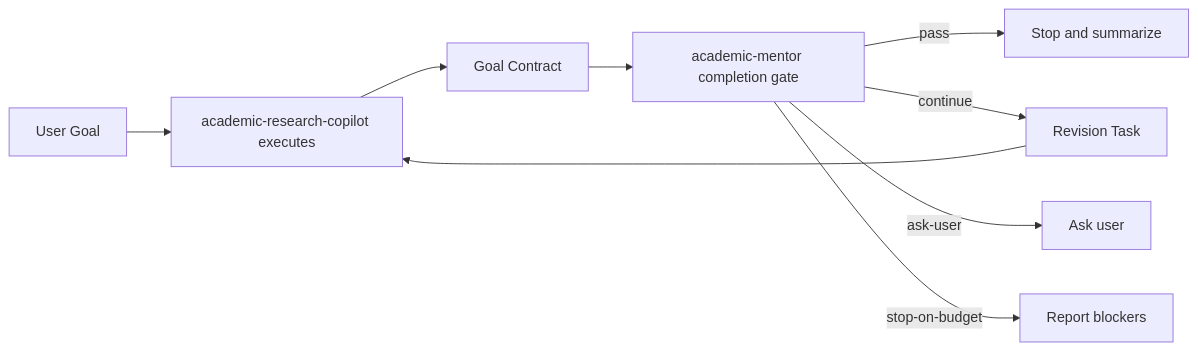
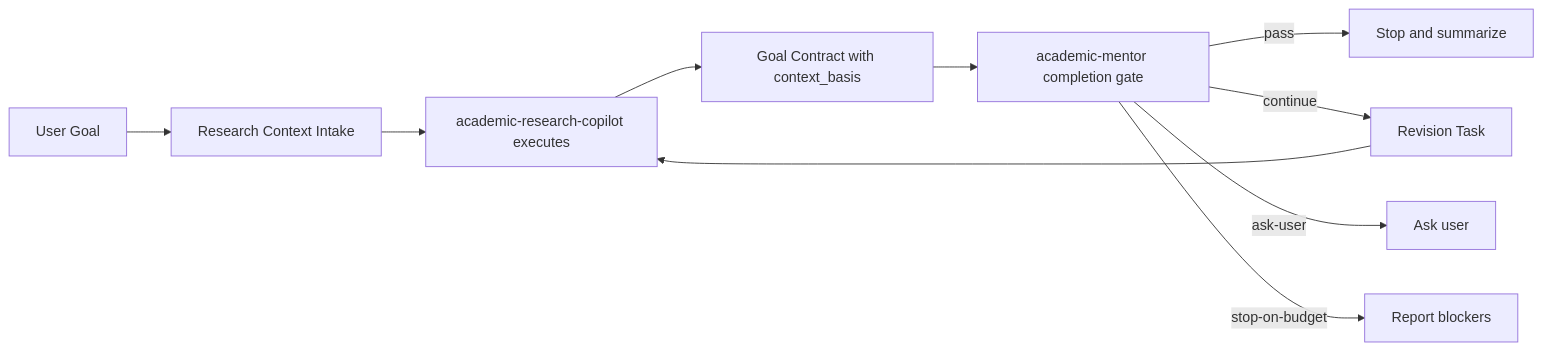
Before and after one commit to gh-ming/academic-mentor-skill: the diagram in README.md, drawn with Mermaid. The commit also changed other lines of this file and 18 other files, not shown here.

Commit message:
Add context-first academic workflow

````diff
--- a/README.md
+++ b/README.md
@@ -58,11 +59,12 @@
 ```mermaid
 flowchart LR
-  U["User Goal"] --> C["academic-research-copilot executes"]
-  C --> G["Goal Contract"]
+  U["User Goal"] --> I["Research Context Intake"]
+  I --> C["academic-research-copilot executes"]
+  C --> G["Goal Contract with context_basis"]
   G --> M["academic-mentor completion gate"]
   M -->|pass| S["Stop and summarize"]
   M -->|continue| R["Revision Task"]
   R --> C
   M -->|ask-user| Q["Ask user"]
   M -->|stop-on-budget| B["Report blockers"]
 ```
````
